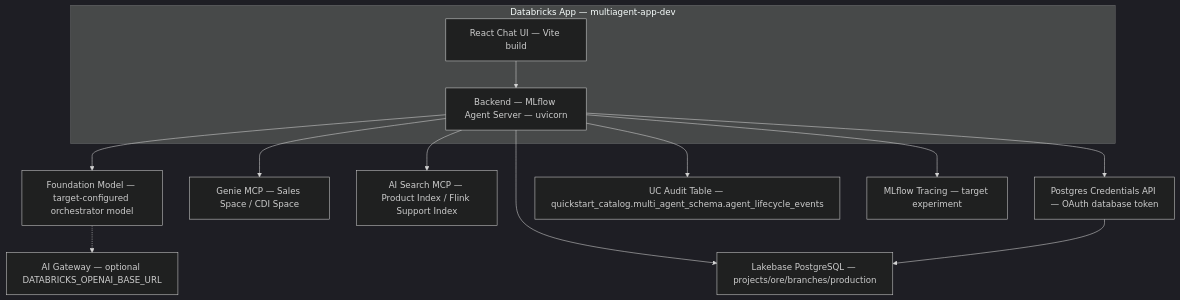
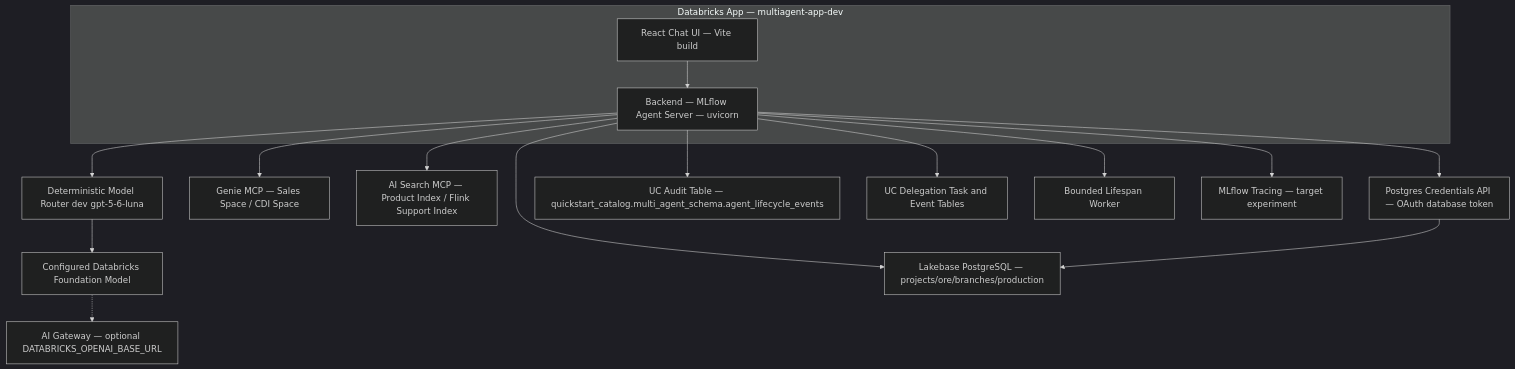
Before and after one commit to wchen-dea/Governed-Multi-Agent-Intelligence-on-Databricks: the second of 3 diagrams in docs/architecture/design-artifacts/05-deployment-high-level.md, drawn with Mermaid (dark theme). The commit also changed other lines of this file and 29 other files, not shown here.

````diff
--- a/docs/architecture/design-artifacts/05-deployment-high-level.md
+++ b/docs/architecture/design-artifacts/05-deployment-high-level.md
@@ -20,18 +20,21 @@
 ```mermaid
 flowchart TB
     subgraph DatabricksApp[Databricks App — multiagent-app-dev]
         FE[React Chat UI — Vite build]
         BE[Backend — MLflow Agent Server — uvicorn]
     end
 
     FE --> BE
-    BE --> FM[Foundation Model — target-configured orchestrator model]
+    BE --> MR[Deterministic Model Router dev gpt-5-6-luna]
+    MR --> FM[Configured Databricks Foundation Model]
     FM -.-> AIGW[AI Gateway — optional DATABRICKS_OPENAI_BASE_URL]
     BE --> GENIE[Genie MCP — Sales Space / CDI Space]
     BE --> AIS[AI Search MCP — Product Index / Flink Support Index]
     BE --> LB[Lakebase PostgreSQL — projects/ore/branches/production]
     BE --> OAuth[Postgres Credentials API — OAuth database token]
     BE --> AUD[UC Audit Table — quickstart_catalog.multi_agent_schema.agent_lifecycle_events]
+    BE --> TASKS[UC Delegation Task and Event Tables]
+    BE --> WORKER[Bounded Lifespan Worker]
     BE --> OBS[MLflow Tracing — target experiment]
     OAuth --> LB
 ```
````
